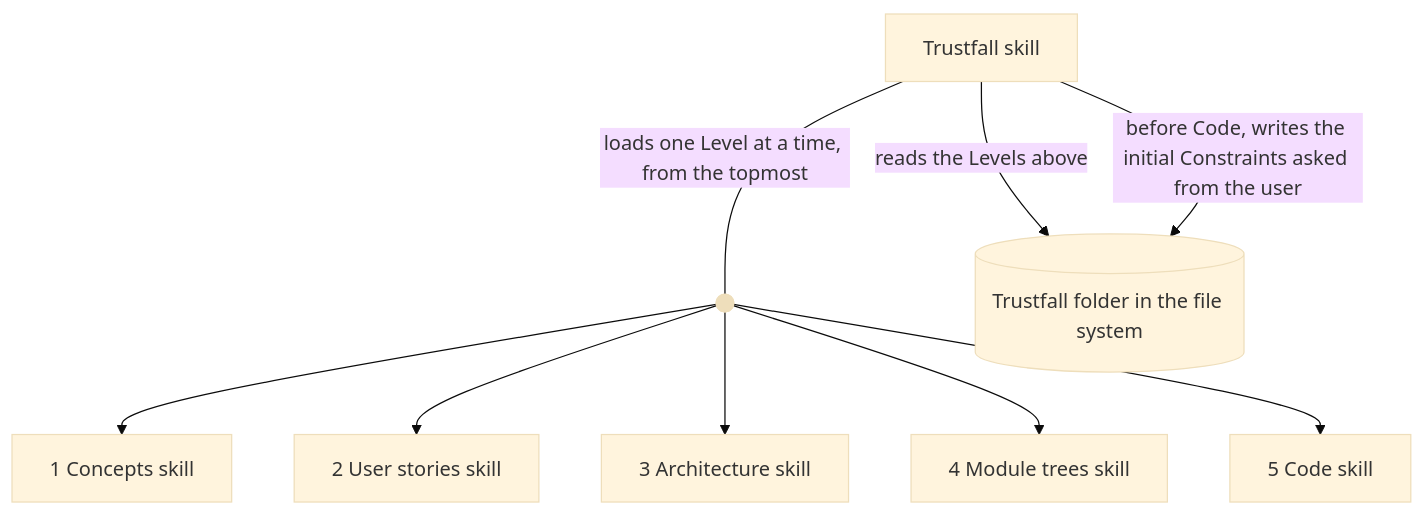
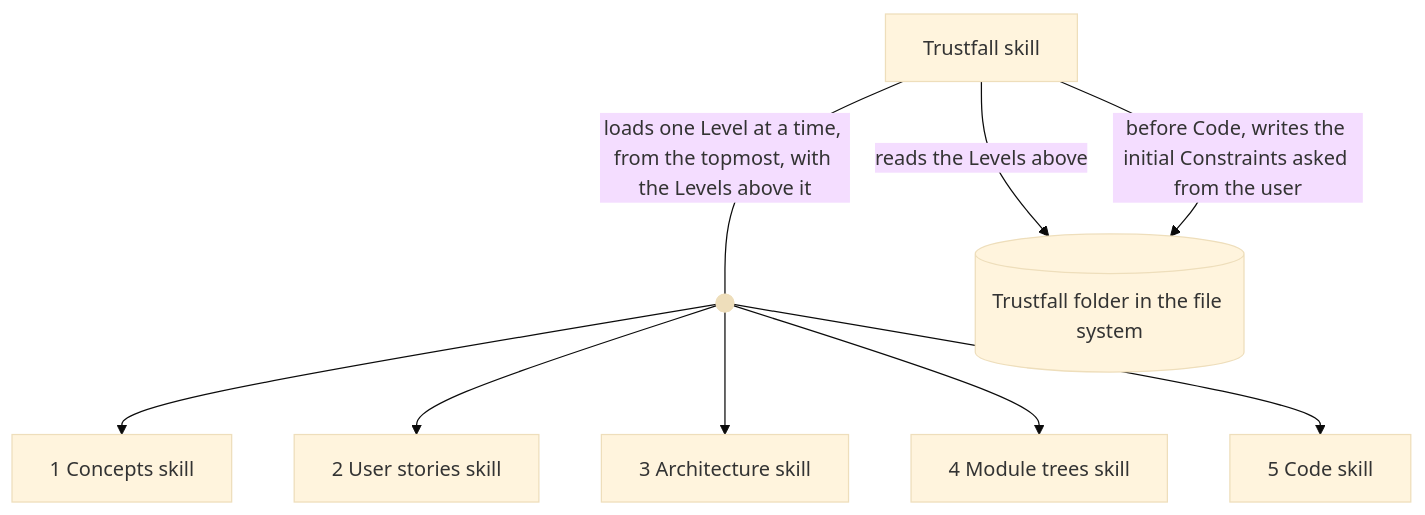
Before and after one commit to jehna/trustfall: the first of 3 diagrams in trustfall/3-architecture.md, drawn with Mermaid (base theme). The commit also changed other lines of this file and 3 other files, not shown here.

Commit message:
Architecture headings, Levels above flow to Level skills, one check per Commandment

````diff
--- a/trustfall/3-architecture.md
+++ b/trustfall/3-architecture.md
@@ -3,15 +5,15 @@
 ```mermaid
 flowchart TD
   trustfall[Trustfall skill]
   load@{ shape: f-circ }
   concepts[1 Concepts skill]
   stories[2 User stories skill]
   architecture[3 Architecture skill]
   modules[4 Module trees skill]
   code[5 Code skill]
   levels[(Trustfall folder in the file system)]
-  trustfall -- loads one Level at a time, from the topmost --- load
+  trustfall -- loads one Level at a time, from the topmost, with the Levels above it --- load
   load --> concepts & stories & architecture & modules & code
   trustfall -- reads the Levels above --> levels
   trustfall -- before Code, writes the initial Constraints asked from the user --> levels
 ```
````
